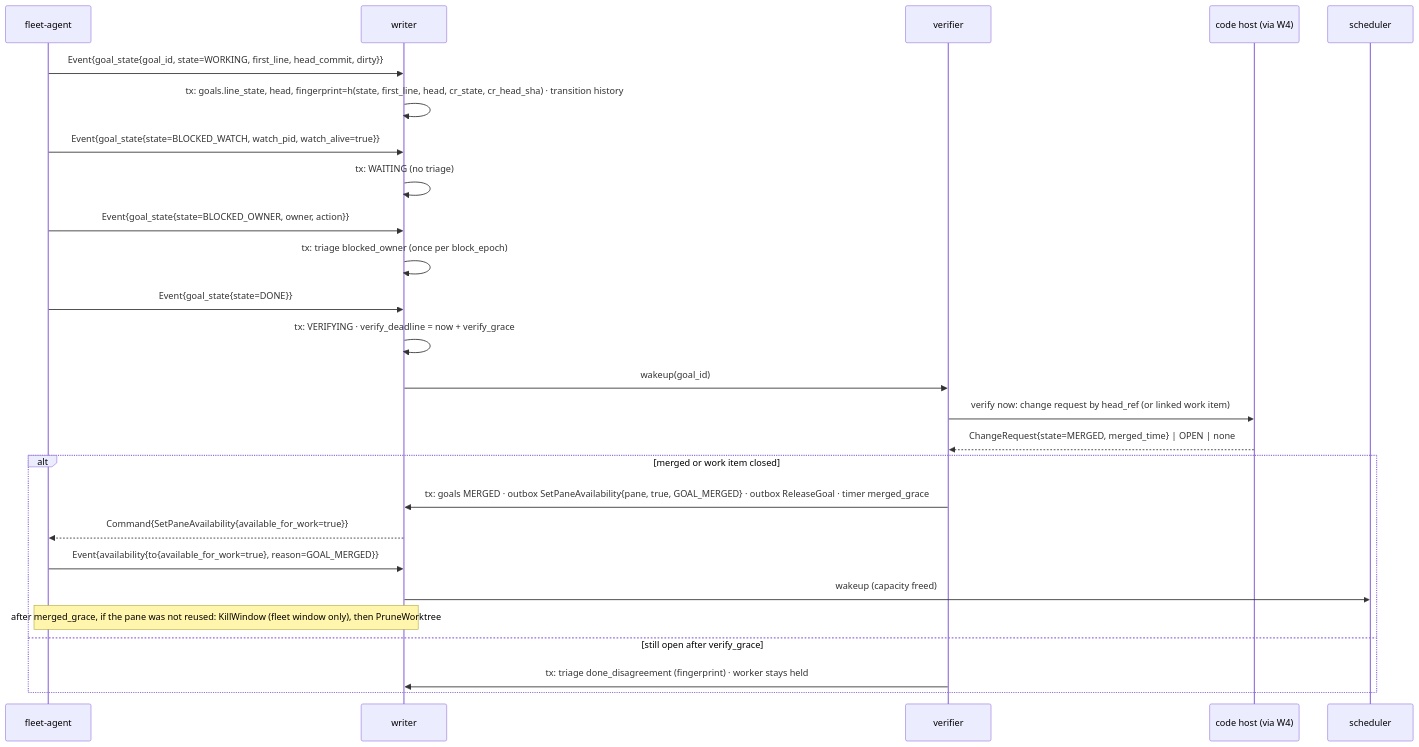
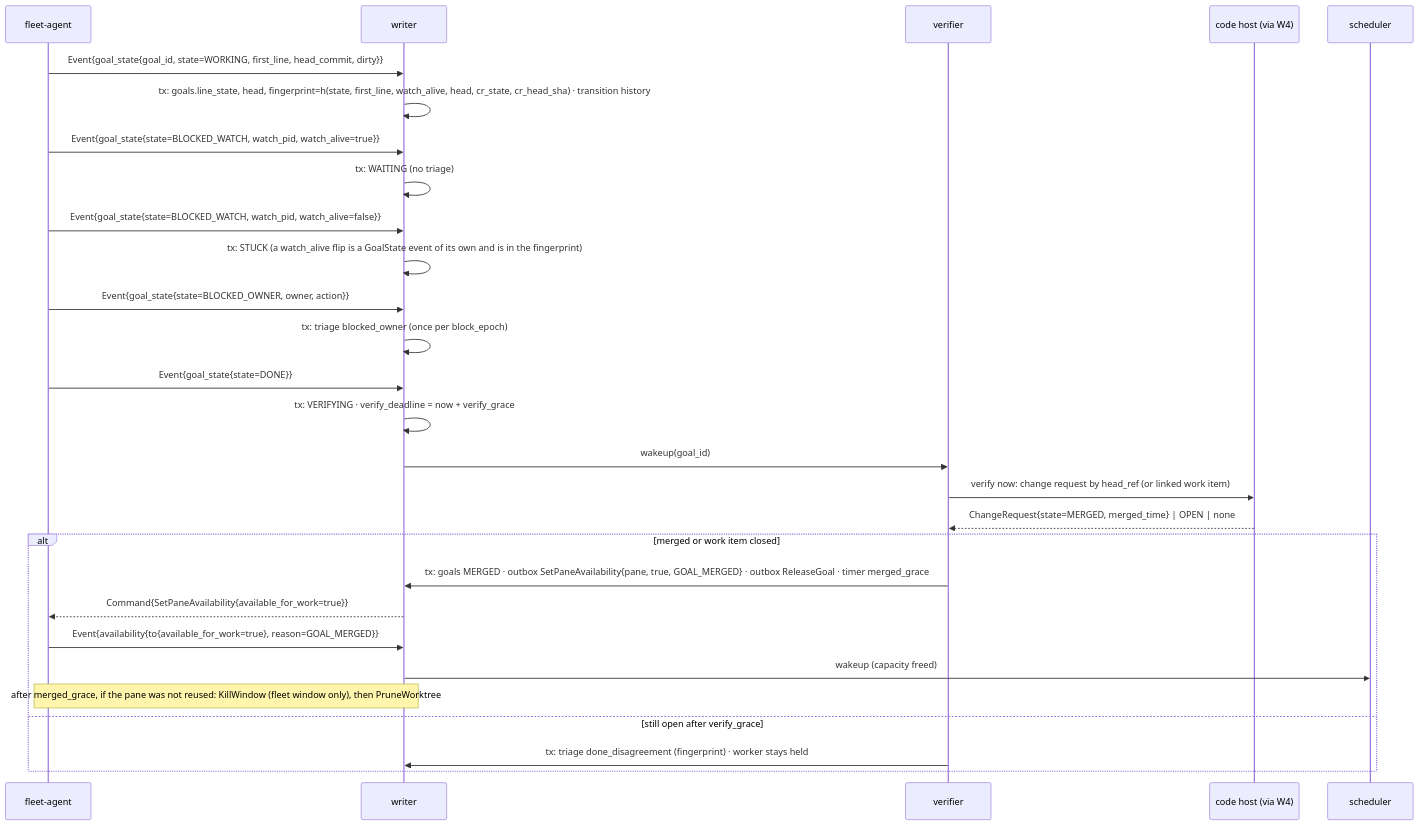
Before and after one commit to linuxdynasty/fleet-board: the third of 4 diagrams in docs/specs/03c-goals.md, drawn with Mermaid. The commit also changed other lines of this file and 19 other files, not shown here.

````diff
--- a/docs/specs/03c-goals.md
+++ b/docs/specs/03c-goals.md
@@ -245,28 +245,30 @@
 ```mermaid
 sequenceDiagram
   participant A as fleet-agent
   participant W as writer
   participant V as verifier
   participant C as code host (via W4)
   participant S as scheduler
   A->>W: Event{goal_state{goal_id, state=WORKING, first_line, head_commit, dirty}}
-  W->>W: tx: goals.line_state, head, fingerprint=h(state, first_line, head, cr_state, cr_head_sha) · transition history
+  W->>W: tx: goals.line_state, head, fingerprint=h(state, first_line, watch_alive, head, cr_state, cr_head_sha) · transition history
   A->>W: Event{goal_state{state=BLOCKED_WATCH, watch_pid, watch_alive=true}}
   W->>W: tx: WAITING (no triage)
+  A->>W: Event{goal_state{state=BLOCKED_WATCH, watch_pid, watch_alive=false}}
+  W->>W: tx: STUCK (a watch_alive flip is a GoalState event of its own and is in the fingerprint)
   A->>W: Event{goal_state{state=BLOCKED_OWNER, owner, action}}
   W->>W: tx: triage blocked_owner (once per block_epoch)
   A->>W: Event{goal_state{state=DONE}}
   W->>W: tx: VERIFYING · verify_deadline = now + verify_grace
   W->>V: wakeup(goal_id)
   V->>C: verify now: change request by head_ref (or linked work item)
   C-->>V: ChangeRequest{state=MERGED, merged_time} | OPEN | none
   alt merged or work item closed
     V->>W: tx: goals MERGED · outbox SetPaneAvailability{pane, true, GOAL_MERGED} · outbox ReleaseGoal · timer merged_grace
     W-->>A: Command{SetPaneAvailability{available_for_work=true}}
     A->>W: Event{availability{to{available_for_work=true}, reason=GOAL_MERGED}}
     W->>S: wakeup (capacity freed)
     Note over W,A: after merged_grace, if the pane was not reused: KillWindow (fleet window only), then PruneWorktree
   else still open after verify_grace
     V->>W: tx: triage done_disagreement (fingerprint) · worker stays held
   end
 ```
````
